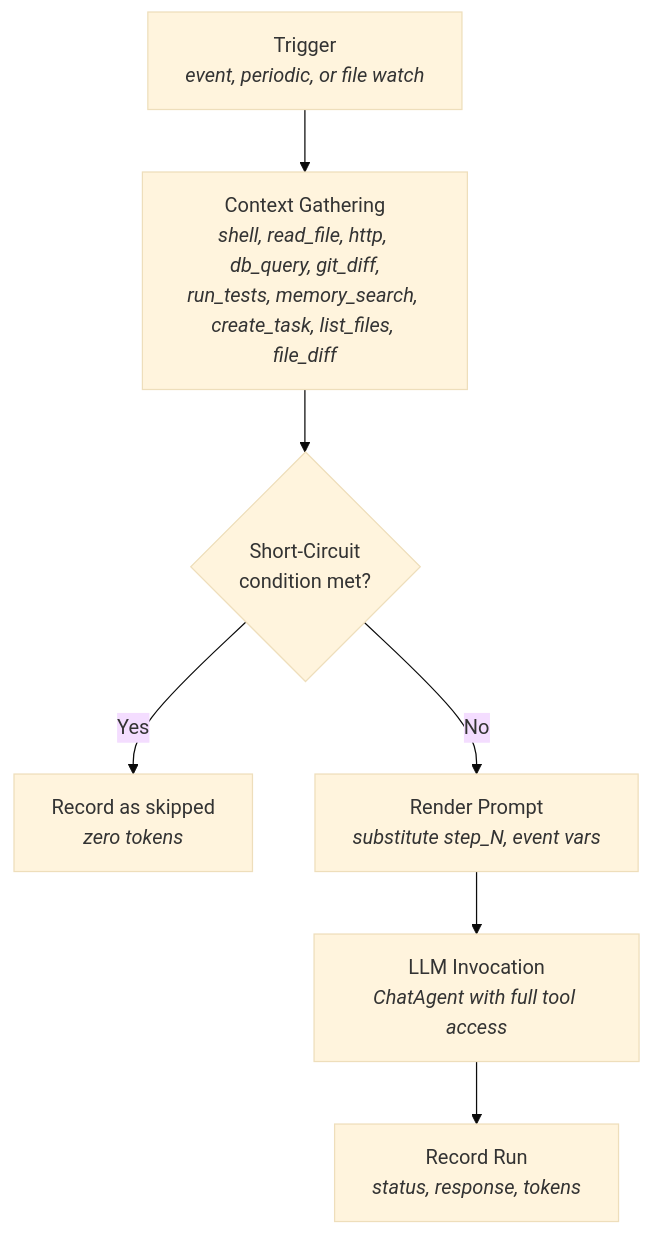
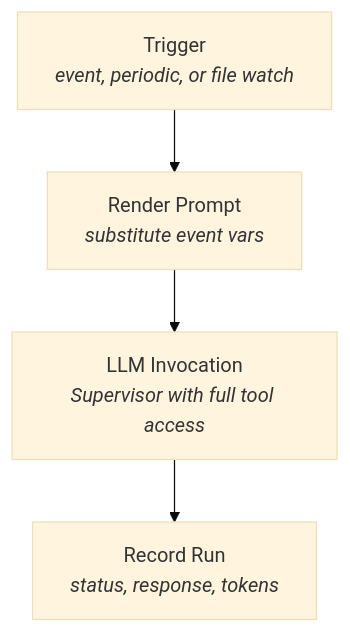
Before and after one commit to darcyle/agent-queue: the first of 2 diagrams in specs/hooks.md, drawn with Mermaid (base theme). The commit also changed other lines of this file and 9 other files, not shown here.

First line of the commit message:
Simplify hooks: remove context steps, add LLM-powered rule prompt expansion

````diff
--- a/specs/hooks.md
+++ b/specs/hooks.md
@@ -18,9 +18,6 @@
 ```mermaid
 flowchart TD
-    A[Trigger<br/><i>event, periodic, or file watch</i>] --> B[Context Gathering<br/><i>shell, read_file, http, db_query, git_diff,<br/>run_tests, memory_search, create_task, list_files, file_diff</i>]
-    B --> C{Short-Circuit<br/>condition met?}
-    C -- Yes --> D[Record as skipped<br/><i>zero tokens</i>]
-    C -- No --> E[Render Prompt<br/><i>substitute step_N, event vars</i>]
-    E --> F[LLM Invocation<br/><i>ChatAgent with full tool access</i>]
-    F --> G[Record Run<br/><i>status, response, tokens</i>]
+    A[Trigger<br/><i>event, periodic, or file watch</i>] --> B[Render Prompt<br/><i>substitute event vars</i>]
+    B --> C[LLM Invocation<br/><i>Supervisor with full tool access</i>]
+    C --> D[Record Run<br/><i>status, response, tokens</i>]
 ```
````
